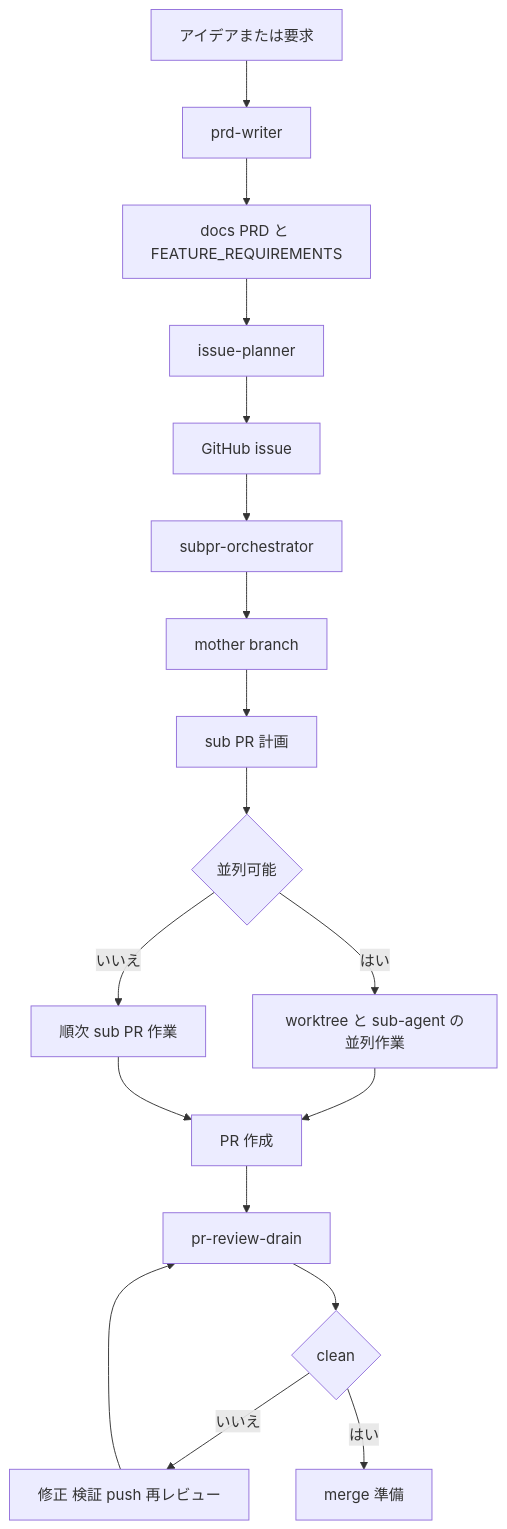
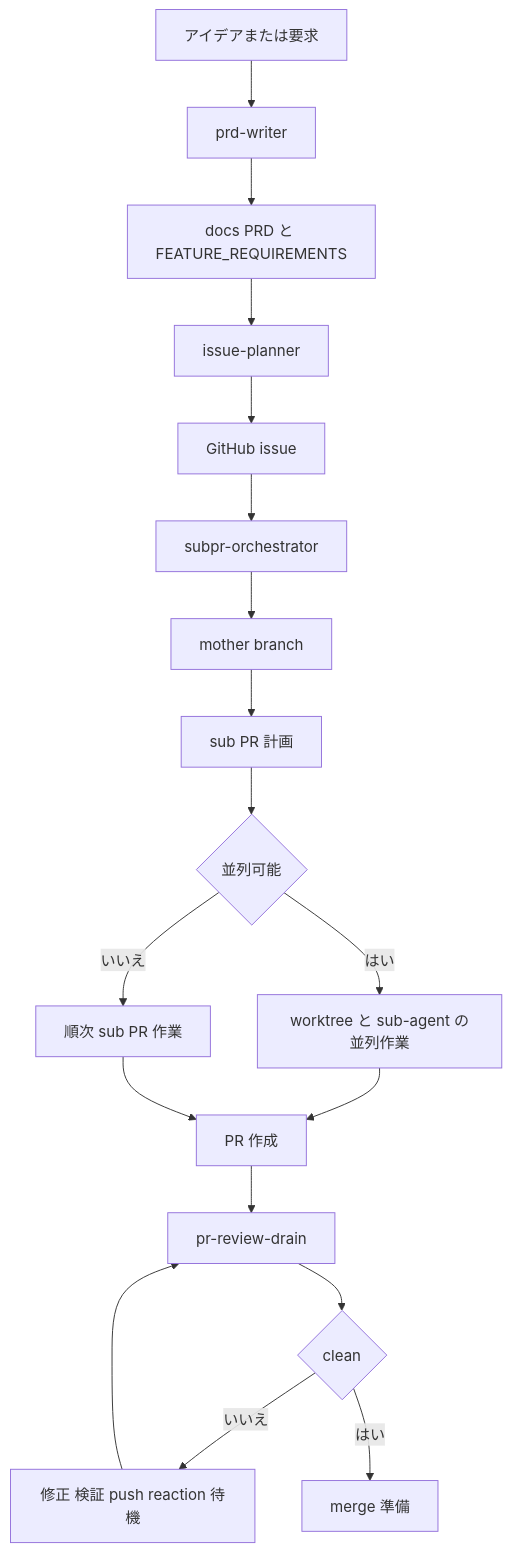
One commit to limcpf/octosmith changed the second of 11 diagrams in README.ja.md. Above: the diagram before and after it, drawn with Mermaid. The commit also changed other lines of this file and 6 other files, not shown here.

````diff
--- a/README.ja.md
+++ b/README.ja.md
@@ -71,20 +71,20 @@
 ```mermaid
 flowchart TD
   A[アイデアまたは要求] --> B[prd-writer]
   B --> C[docs PRD と FEATURE_REQUIREMENTS]
   C --> D[issue-planner]
   D --> E[GitHub issue]
   E --> F[subpr-orchestrator]
   F --> G[mother branch]
   G --> H[sub PR 計画]
   H --> I{並列可能}
   I -->|はい| J[worktree と sub-agent の並列作業]
   I -->|いいえ| K[順次 sub PR 作業]
   J --> L[PR 作成]
   K --> L
   L --> M[pr-review-drain]
   M --> N{clean}
-  N -->|いいえ| O[修正 検証 push 再レビュー]
+  N -->|いいえ| O[修正 検証 push reaction 待機]
   O --> M
   N -->|はい| P[merge 準備]
 ```
````
